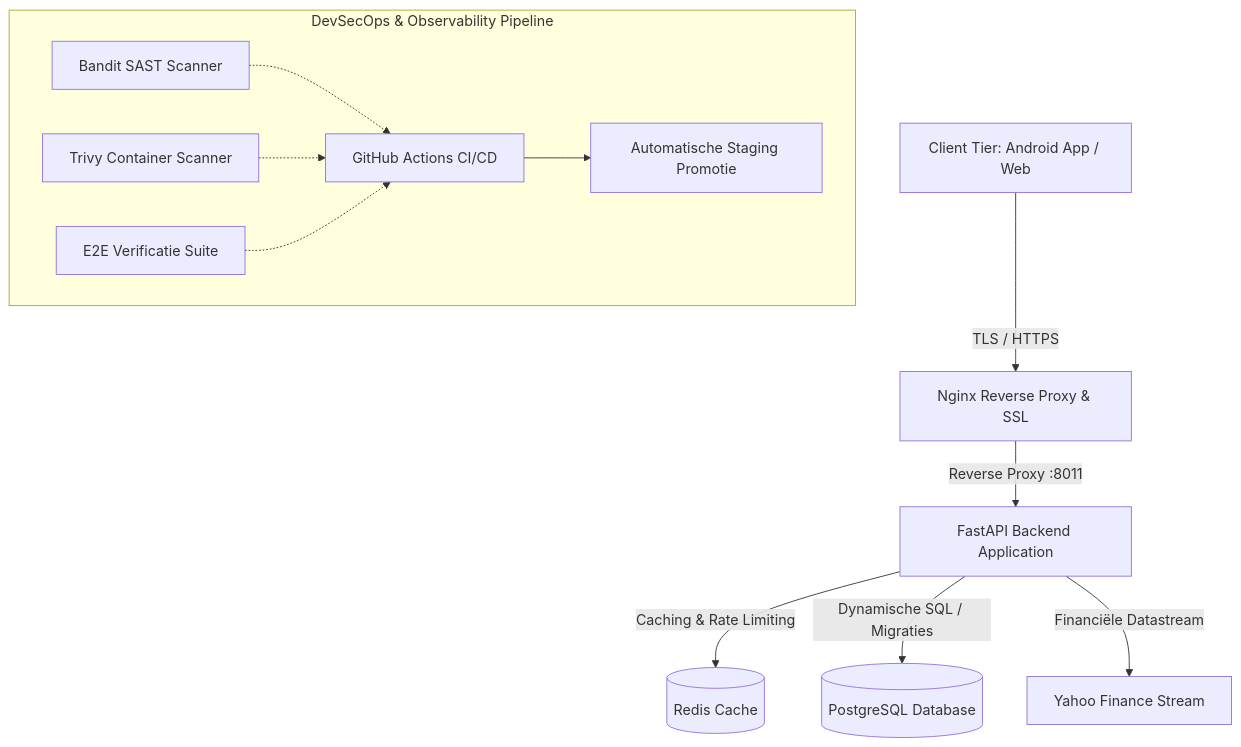
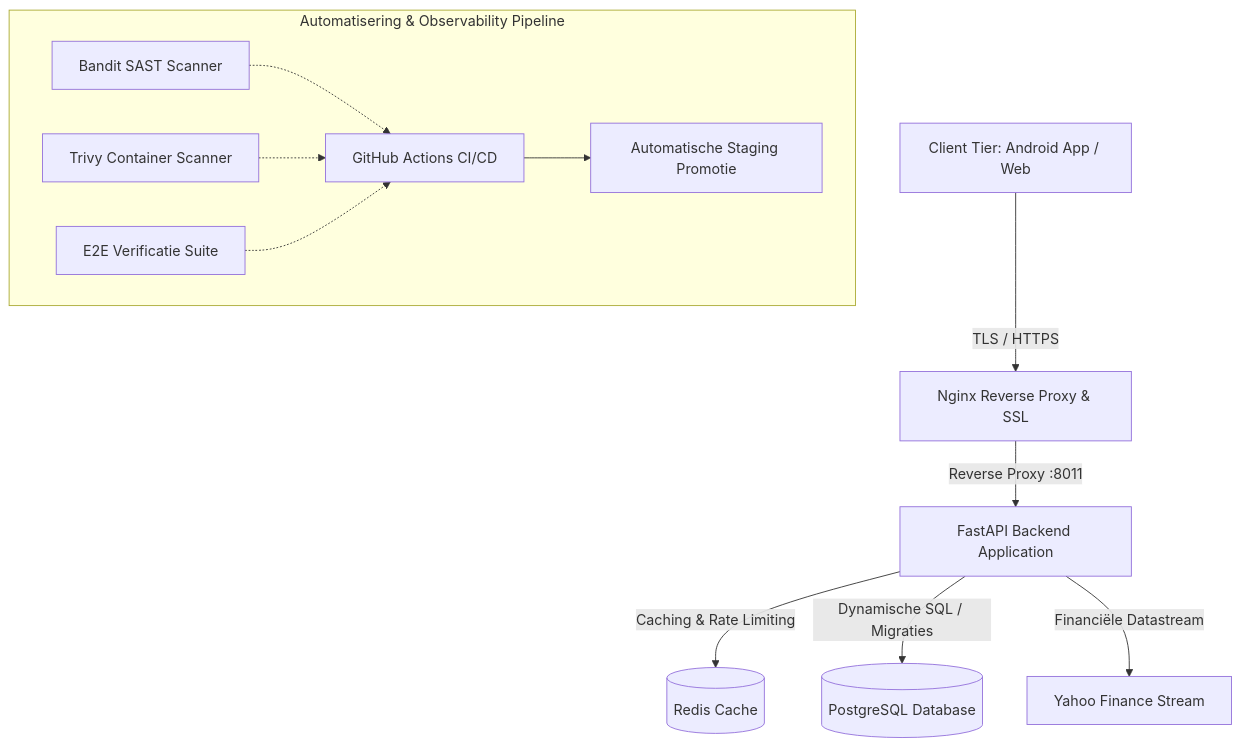
One commit to sebian-lab/sebian-lab.github.io changed the diagram in content/projects/backend-api/index.nl.md. Above: the diagram before and after it, drawn with Mermaid. The commit also changed other lines of this file and 21 other files, not shown here.

```diff
--- a/content/projects/backend-api/index.nl.md
+++ b/content/projects/backend-api/index.nl.md
@@ -25,15 +78,15 @@
 {{< mermaid >}}
 graph TD
     Client["Client Tier: Android App / Web"] -->|"TLS / HTTPS"| Nginx["Nginx Reverse Proxy & SSL"]
     Nginx -->|"Reverse Proxy :8011"| FastAPI["FastAPI Backend Application"]
     FastAPI -->|"Caching & Rate Limiting"| Redis[("Redis Cache")]
     FastAPI -->|"Dynamische SQL / Migraties"| Postgres[("PostgreSQL Database")]
     FastAPI -->|"Financiële Datastream"| YFinance["Yahoo Finance Stream"]
     
-    subgraph DevSecOpsPipeline ["DevSecOps & Observability Pipeline"]
+    subgraph Pipeline ["Automatisering & Observability Pipeline"]
         Bandit["Bandit SAST Scanner"] -.-> CI["GitHub Actions CI/CD"]
         Trivy["Trivy Container Scanner"] -.-> CI
         E2E["E2E Verificatie Suite"] -.-> CI
         CI --> Staging["Automatische Staging Promotie"]
     end
 {{< /mermaid >}}
```
